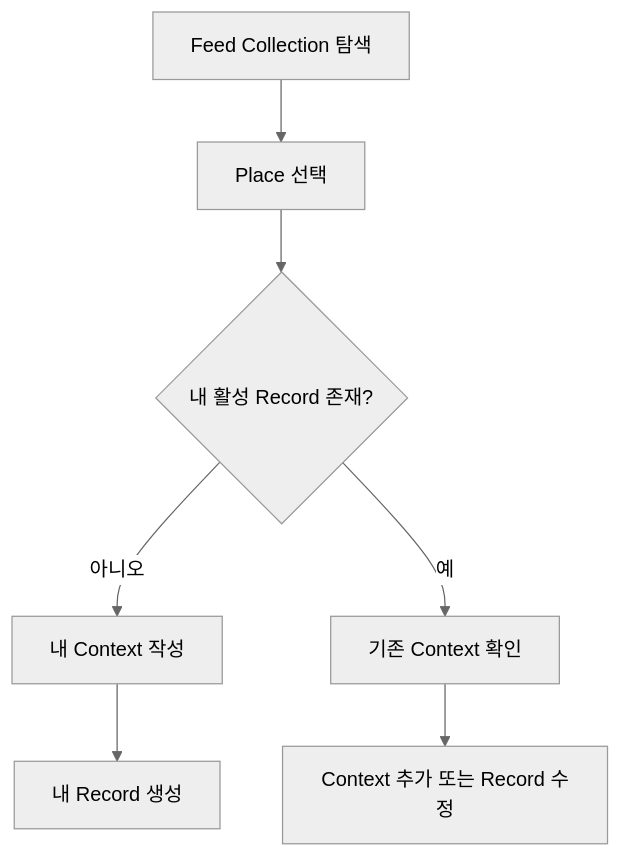
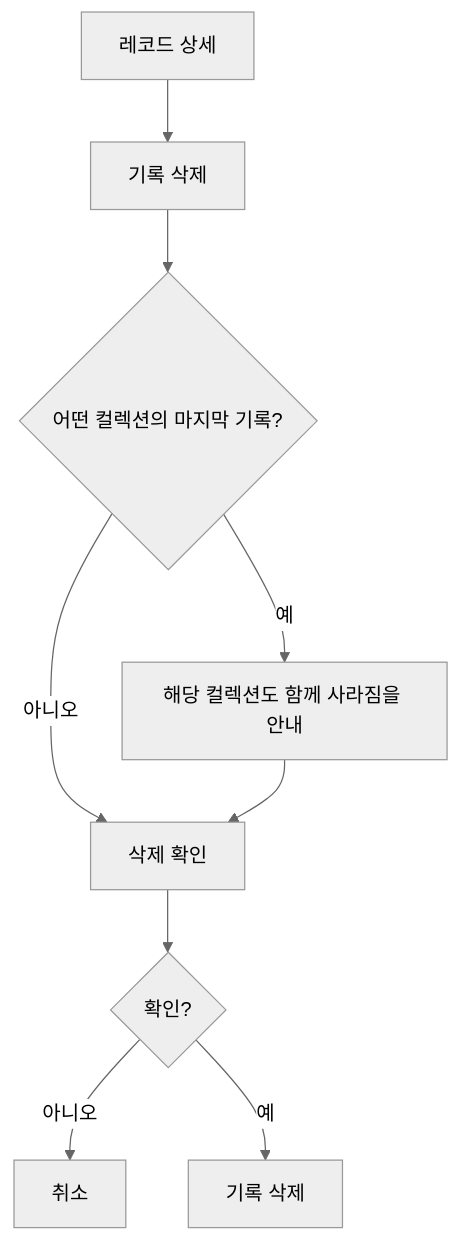
One commit to Team-PinLog/docs changed the tenth of 12 diagrams in draft/09_유저플로우.md. Above: the diagram before and after it, drawn with Mermaid (neutral theme). The commit also changed other lines of this file and 2 other files, not shown here.

Commit message:
1차 유저플로우 수정

````diff
--- a/draft/09_유저플로우.md
+++ b/draft/09_유저플로우.md
@@ -72,9 +227,11 @@
 ```mermaid
 flowchart TD
-    A[Feed Collection 탐색] --> B[Place 선택]
-    B --> C{내 활성 Record 존재?}
-    C -- 아니오 --> D[내 Context 작성]
-    D --> E[내 Record 생성]
-    C -- 예 --> F[기존 Context 확인]
-    F --> G[Context 추가 또는 Record 수정]
+    A[레코드 상세] --> B[기록 삭제]
+    B --> C{어떤 컬렉션의 마지막 기록?}
+    C -- 예 --> D[해당 컬렉션도 함께 사라짐을 안내]
+    C -- 아니오 --> E[삭제 확인]
+    D --> E
+    E --> F{확인?}
+    F -- 아니오 --> G[취소]
+    F -- 예 --> H[기록 삭제]
 ```
````
